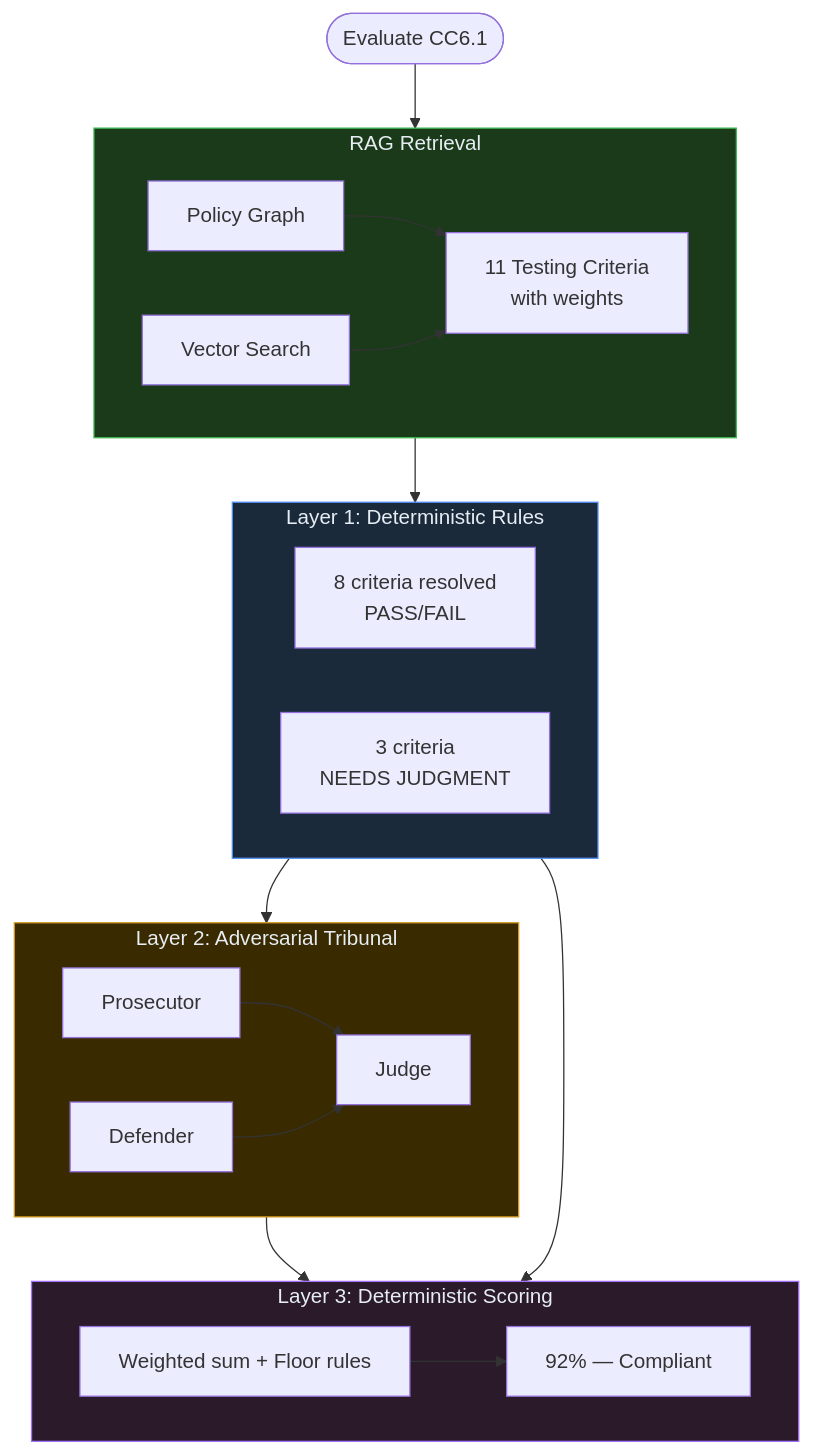
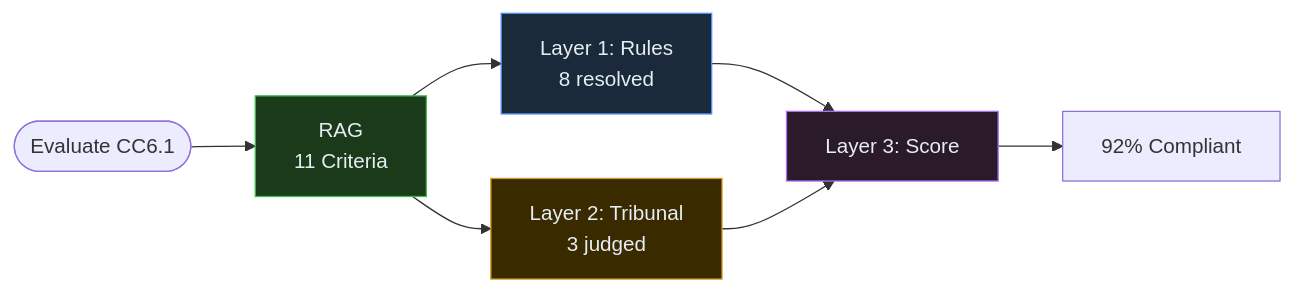
Before and after one commit to indukuk/onpremai: the fifth of 6 diagrams in diagrams/slide-diagrams.md, drawn with Mermaid. The commit also changed other lines of this file, not shown here.

Commit message:
Compress diagrams 4 and 5 to fit single slides

````diff
--- a/diagrams/slide-diagrams.md
+++ b/diagrams/slide-diagrams.md
@@ -161,40 +148,14 @@
 ```mermaid
-flowchart TD
-    START(["Evaluate CC6.1"]) --> RAG
+flowchart LR
+    A(["Evaluate CC6.1"]) --> B["RAG\n11 Criteria"]
+    B --> C["Layer 1: Rules\n8 resolved"]
+    B --> D["Layer 2: Tribunal\n3 judged"]
+    C --> E["Layer 3: Score"]
+    D --> E
+    E --> F["92% Compliant"]
 
-    subgraph RAG["RAG Retrieval"]
-        direction LR
-        R1["Policy Graph"] --> R3["11 Testing Criteria\nwith weights"]
-        R2["Vector Search"] --> R3
-    end
-
-    RAG --> RULES
-
-    subgraph RULES["Layer 1: Deterministic Rules"]
-        direction LR
-        RESOLVED["8 criteria resolved\nPASS/FAIL"] 
-        UNRESOLVED["3 criteria\nNEEDS JUDGMENT"]
-    end
-
-    RESOLVED --> SCORE
-    UNRESOLVED --> TRIBUNAL
-
-    subgraph TRIBUNAL["Layer 2: Adversarial Tribunal"]
-        direction LR
-        P["Prosecutor"] --> J["Judge"]
-        D["Defender"] --> J
-    end
-
-    TRIBUNAL --> SCORE
-
-    subgraph SCORE["Layer 3: Deterministic Scoring"]
-        CALC["Weighted sum + Floor rules"]
-        RESULT["92% — Compliant"]
-        CALC --> RESULT
-    end
-
-    style RAG fill:#1a3a1a,stroke:#3fb950,color:#e6edf3
-    style RULES fill:#1a2a3a,stroke:#4f8ff7,color:#e6edf3
-    style TRIBUNAL fill:#3a2a00,stroke:#d29922,color:#e6edf3
-    style SCORE fill:#2a1a2a,stroke:#a371f7,color:#e6edf3
+    style B fill:#1a3a1a,stroke:#3fb950,color:#e6edf3
+    style C fill:#1a2a3a,stroke:#4f8ff7,color:#e6edf3
+    style D fill:#3a2a00,stroke:#d29922,color:#e6edf3
+    style E fill:#2a1a2a,stroke:#a371f7,color:#e6edf3
 ```
````
